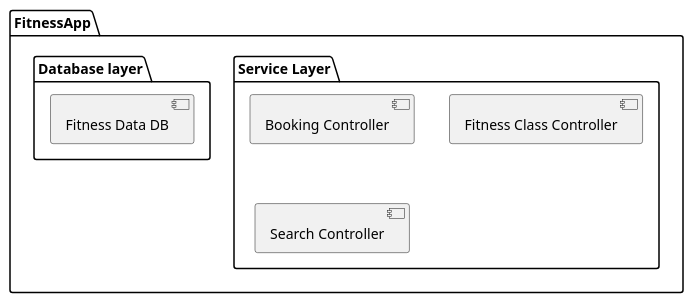
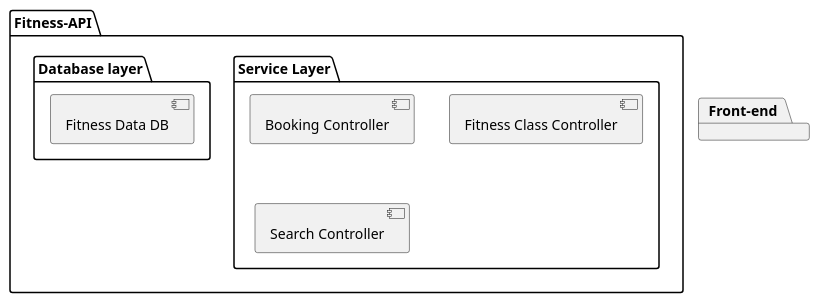
The diagram in src/main/resources/SDS-uml.md (Abhishek-Kesiraju/AbcFitnessClassBooking), drawn with PlantUML before and after one commit. The commit also changed 3 other files, not shown here.

````diff
--- a/src/main/resources/SDS-uml.md
+++ b/src/main/resources/SDS-uml.md
@@ -3,24 +3,30 @@
 ```plantuml
-package "FitnessApp"{
+
+package "Front-end"{
+
+
+    
+
+
+
+}
+
+package "Fitness-API"{
 
 
     package "Service Layer"{
         [Booking Controller]
         [Fitness Class Controller]
         [Search Controller]
 
     }
 
     package "Database layer"{
         [Fitness Data DB]
     }
 
 
 
 }
 
-
-
-
-
 ```
````
